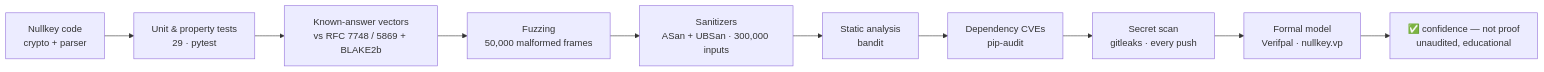
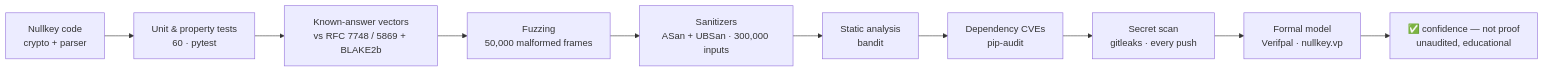
The third of 3 diagrams in docs/TESTING.md (Debajit753/nullkey), drawn with Mermaid before and after one commit. The commit also changed other lines of this file and 10 other files, not shown here.

````diff
--- a/docs/TESTING.md
+++ b/docs/TESTING.md
@@ -64,12 +70,12 @@
 ```mermaid
 flowchart LR
-    code["Nullkey code<br/>crypto + parser"] --> u["Unit & property tests<br/>29 · pytest"]
+    code["Nullkey code<br/>crypto + parser"] --> u["Unit & property tests<br/>60 · pytest"]
     u --> k["Known-answer vectors<br/>vs RFC 7748 / 5869 + BLAKE2b"]
     k --> f["Fuzzing<br/>50,000 malformed frames"]
     f --> s["Sanitizers<br/>ASan + UBSan · 300,000 inputs"]
     s --> b["Static analysis<br/>bandit"]
     b --> d["Dependency CVEs<br/>pip-audit"]
     d --> g["Secret scan<br/>gitleaks · every push"]
     g --> v["Formal model<br/>Verifpal · nullkey.vp"]
     v --> ship["✅ confidence — not proof<br/>unaudited, educational"]
 ```
````
